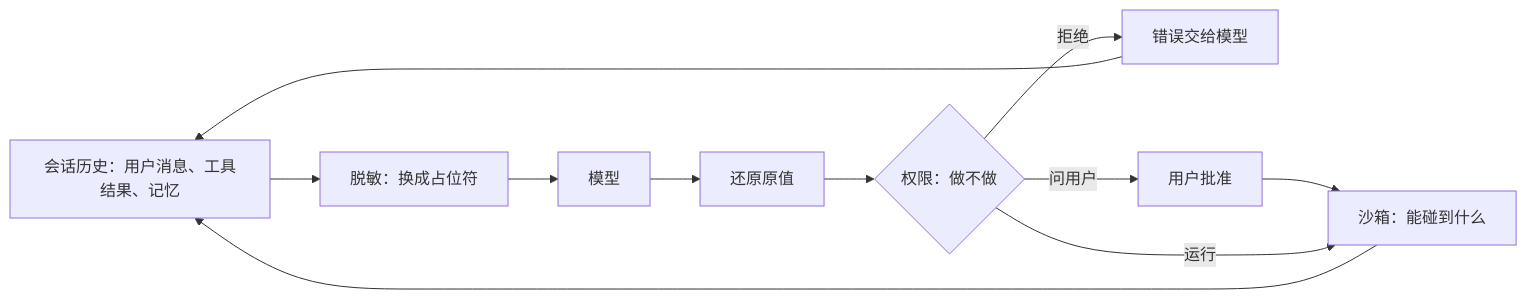
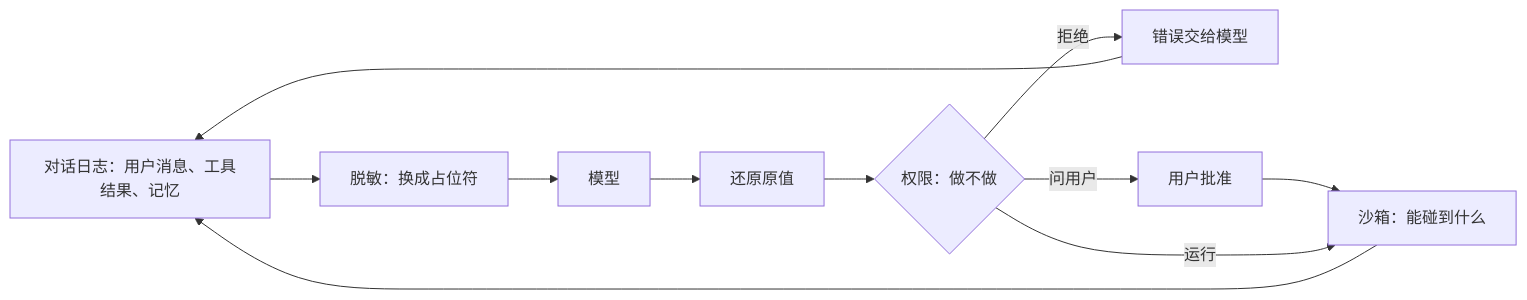
One commit to 0xfakeSpike/ollupi-docs changed the diagram in docs/zh/engine/security.md. Above: the diagram before and after it, drawn with Mermaid. The commit also changed other lines of this file and 86 other files, not shown here.

````diff
--- a/docs/zh/engine/security.md
+++ b/docs/zh/engine/security.md
@@ -35,13 +36,13 @@
 ```mermaid
 flowchart LR
-  H["会话历史：用户消息、工具结果、记忆"] --> R1["脱敏：换成占位符"]
+  H["对话日志：用户消息、工具结果、记忆"] --> R1["脱敏：换成占位符"]
   R1 --> M["模型"]
   M --> R2["还原原值"]
   R2 --> P{"权限：做不做"}
   P -- "拒绝" --> E["错误交给模型"]
   P -- "问用户" --> A["用户批准"]
   A --> S["沙箱：能碰到什么"]
   P -- "运行" --> S
   S --> H
   E --> H
 ```
````
